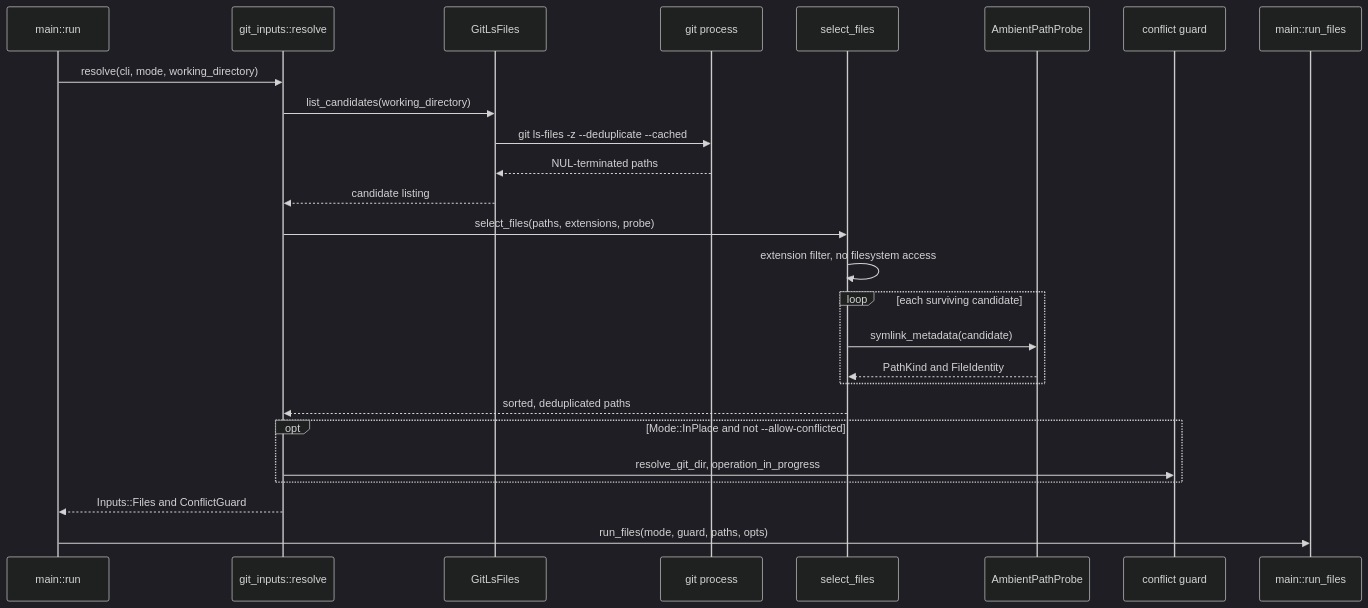
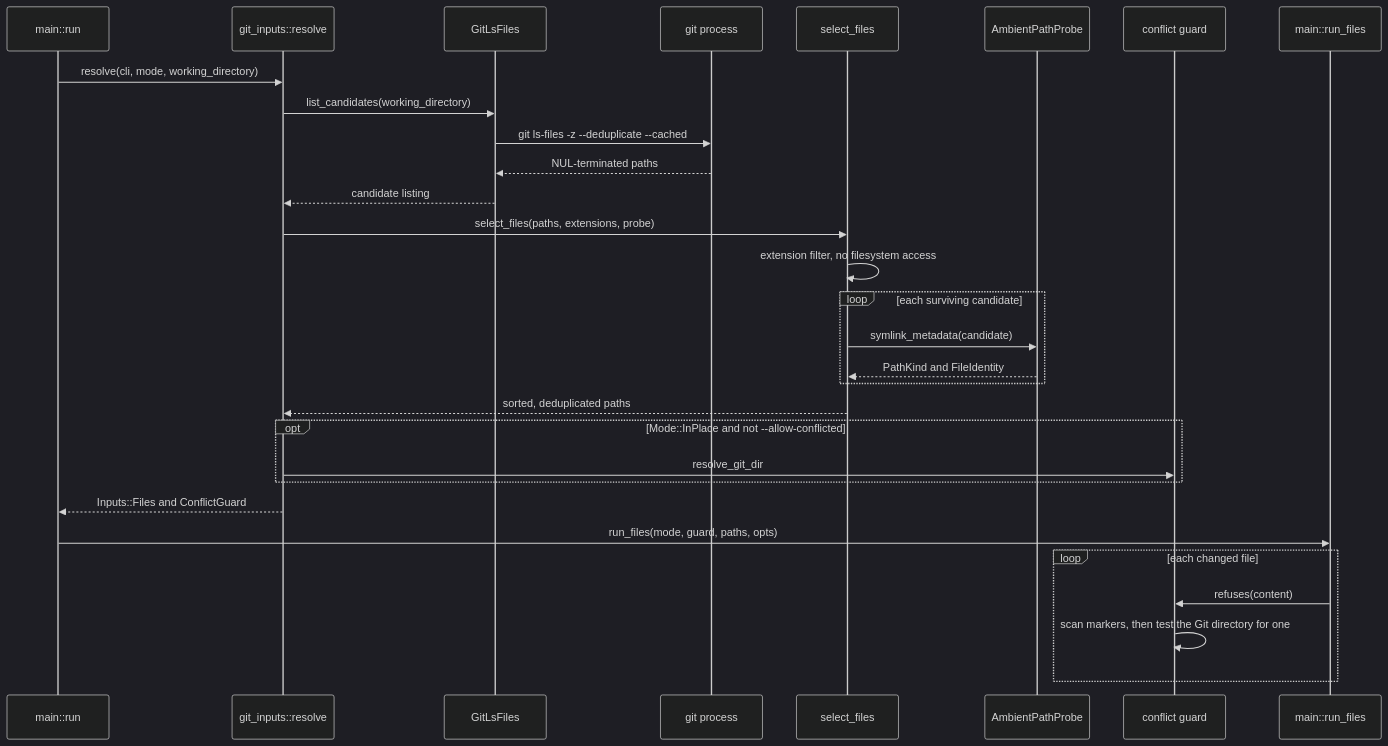
Before and after one commit to leynos/mdtablefix: the eighth of 9 diagrams in docs/architecture.md, drawn with Mermaid (dark theme). The commit also changed other lines of this file and 11 other files, not shown here.

````diff
--- a/docs/architecture.md
+++ b/docs/architecture.md
@@ -846,29 +852,33 @@
 ```mermaid
 sequenceDiagram
     participant R as main::run
     participant GI as git_inputs::resolve
     participant GL as GitLsFiles
     participant GP as git process
     participant SP as select_files
     participant AP as AmbientPathProbe
     participant GR as conflict guard
     participant RF as main::run_files
 
     R->>GI: resolve(cli, mode, working_directory)
     GI->>GL: list_candidates(working_directory)
     GL->>GP: git ls-files -z --deduplicate --cached
     GP-->>GL: NUL-terminated paths
     GL-->>GI: candidate listing
     GI->>SP: select_files(paths, extensions, probe)
     SP->>SP: extension filter, no filesystem access
     loop each surviving candidate
         SP->>AP: symlink_metadata(candidate)
         AP-->>SP: PathKind and FileIdentity
     end
     SP-->>GI: sorted, deduplicated paths
     opt Mode::InPlace and not --allow-conflicted
-        GI->>GR: resolve_git_dir, operation_in_progress
+        GI->>GR: resolve_git_dir
     end
     GI-->>R: Inputs::Files and ConflictGuard
     R->>RF: run_files(mode, guard, paths, opts)
+    loop each changed file
+        RF->>GR: refuses(content)
+        GR->>GR: scan markers, then test the Git directory for one
+    end
 ```
````
